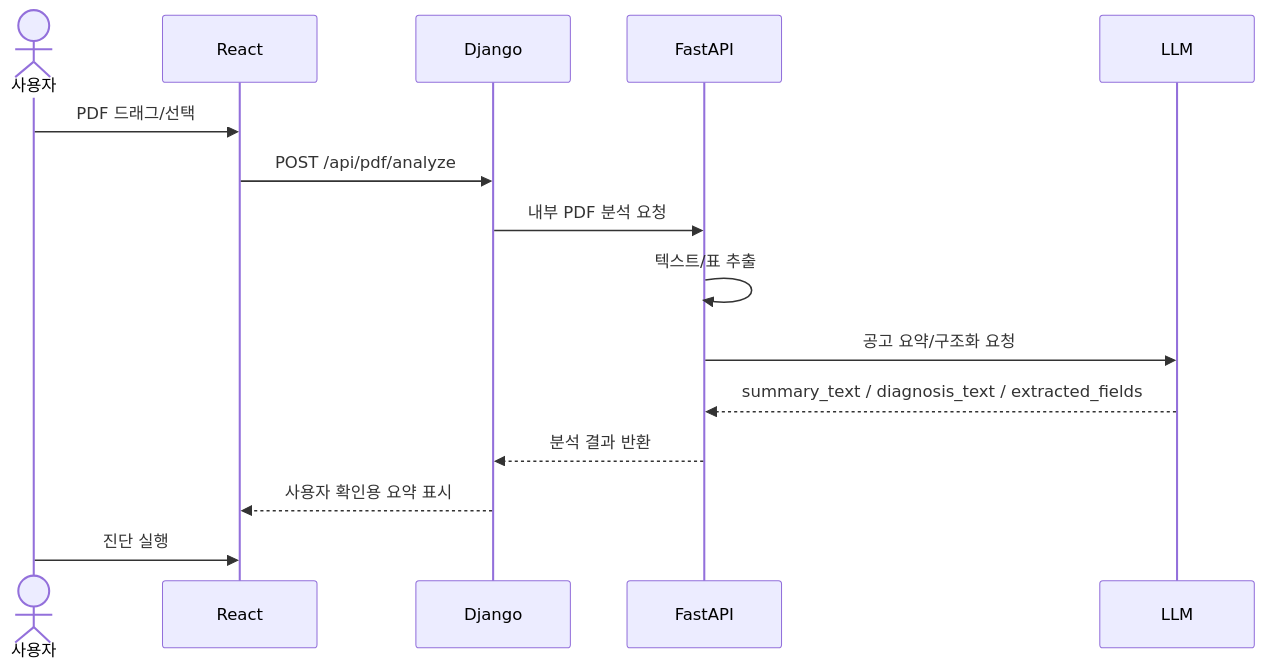
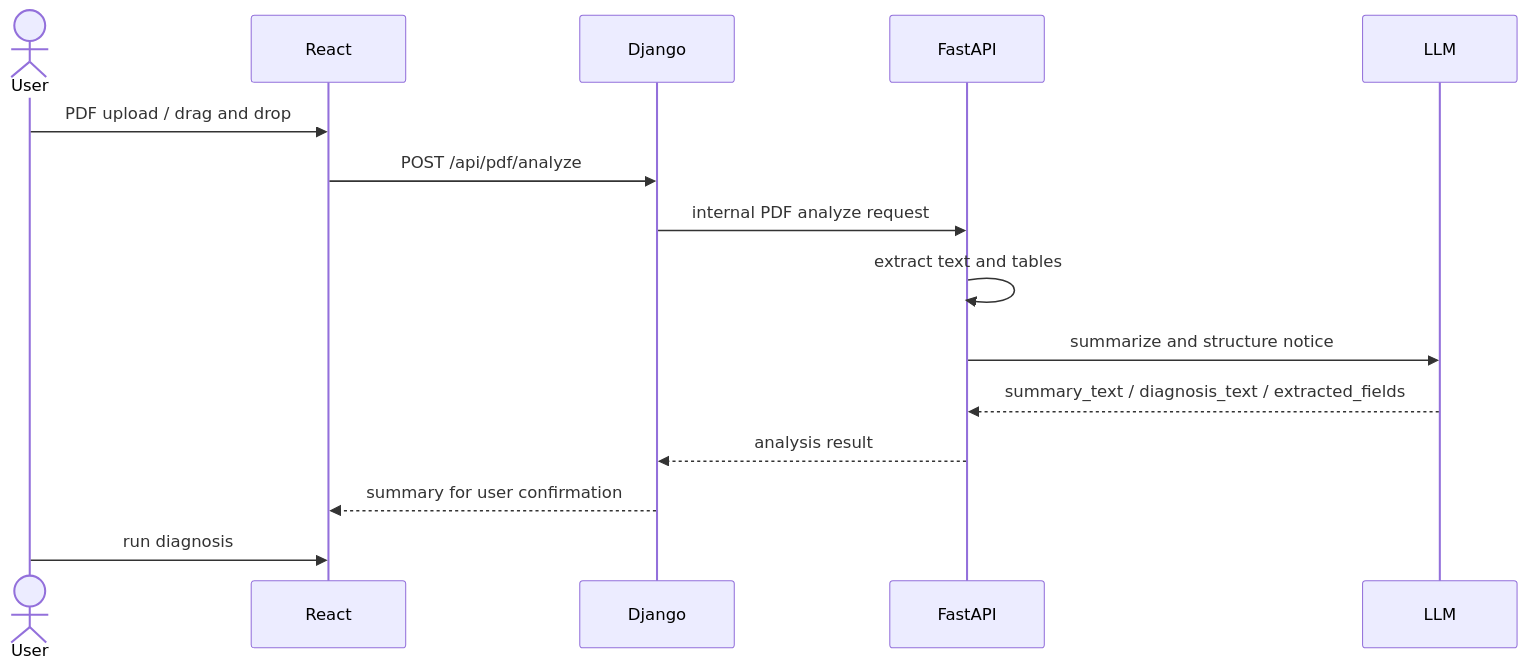
One commit to ldy-99/SKN29-3rd-3team changed the third of 4 diagrams in README.md. Above: the diagram before and after it, drawn with Mermaid. The commit also changed other lines of this file and 7 other files, not shown here.

````diff
--- a/README.md
+++ b/README.md
@@ -159,18 +176,18 @@
 ```mermaid
 sequenceDiagram
-    actor U as 사용자
-    participant R as React
-    participant D as Django
-    participant F as FastAPI
-    participant L as LLM
+    actor User
+    participant React
+    participant Django
+    participant FastAPI
+    participant LLM
 
-    U->>R: PDF 드래그/선택
-    R->>D: POST /api/pdf/analyze
-    D->>F: 내부 PDF 분석 요청
-    F->>F: 텍스트/표 추출
-    F->>L: 공고 요약/구조화 요청
-    L-->>F: summary_text / diagnosis_text / extracted_fields
-    F-->>D: 분석 결과 반환
-    D-->>R: 사용자 확인용 요약 표시
-    U->>R: 진단 실행
+    User->>React: PDF upload / drag and drop
+    React->>Django: POST /api/pdf/analyze
+    Django->>FastAPI: internal PDF analyze request
+    FastAPI->>FastAPI: extract text and tables
+    FastAPI->>LLM: summarize and structure notice
+    LLM-->>FastAPI: summary_text / diagnosis_text / extracted_fields
+    FastAPI-->>Django: analysis result
+    Django-->>React: summary for user confirmation
+    User->>React: run diagnosis
 ```
````
